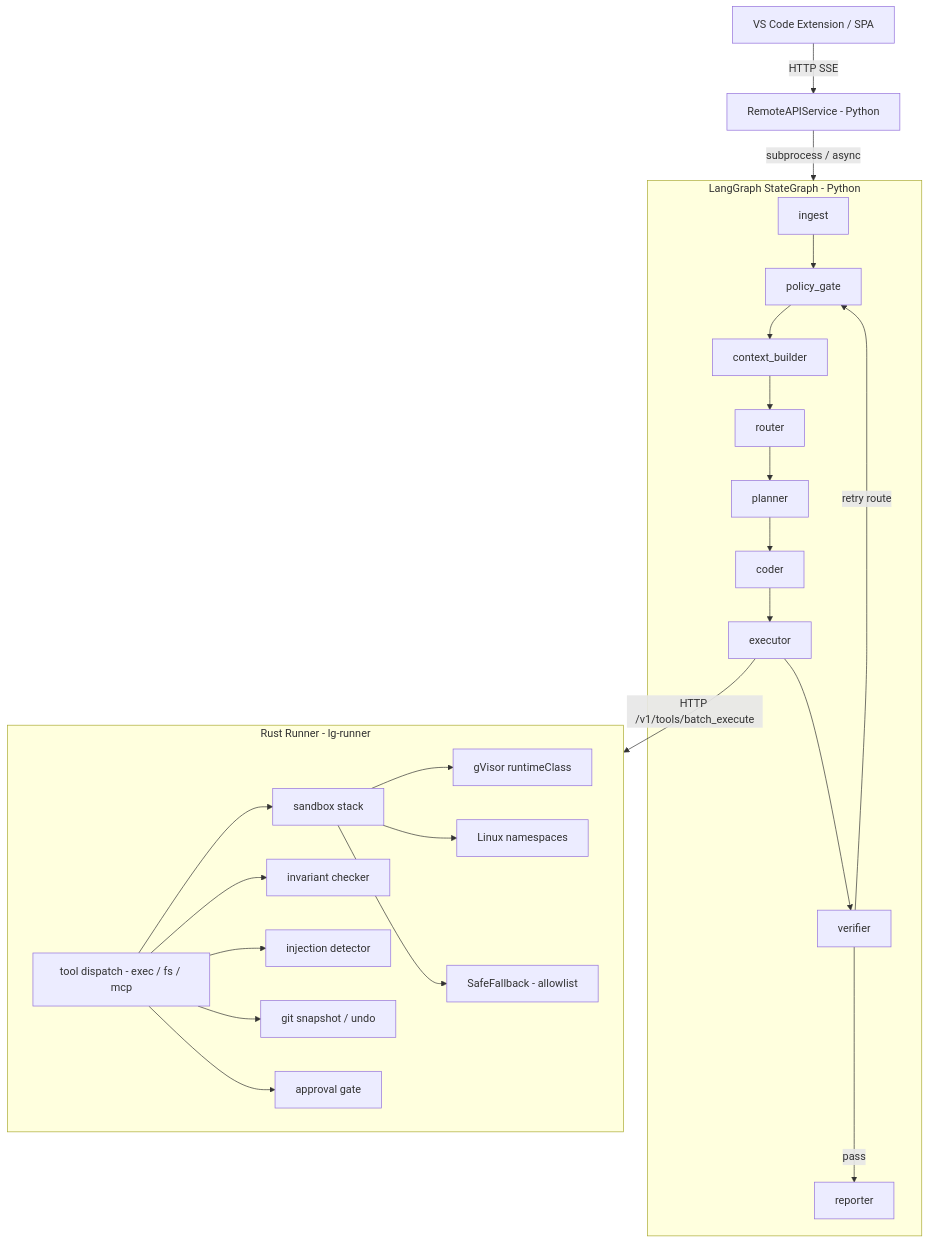
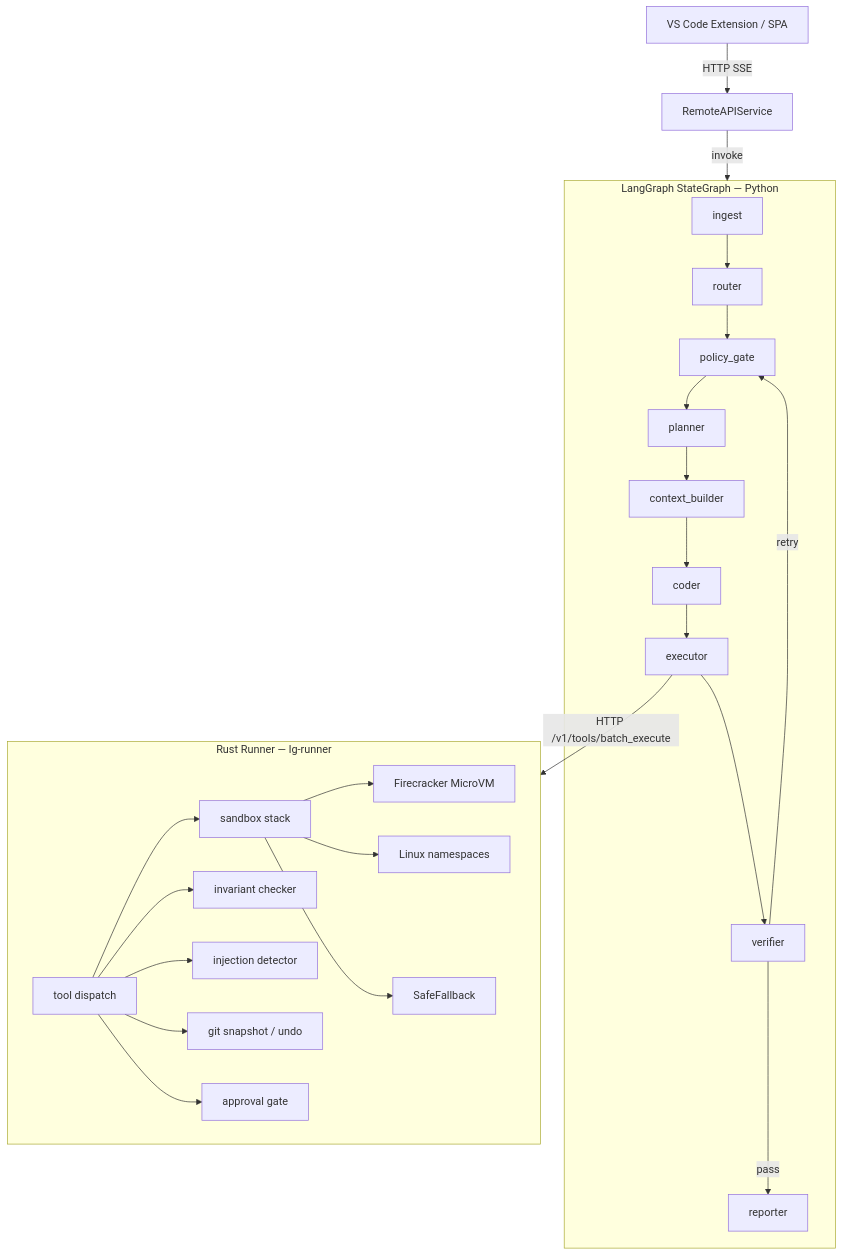
The diagram in README.md (christianmeurer/Lula), drawn with Mermaid before and after one commit. The commit also changed other lines of this file and 1 other file, not shown here.

````diff
--- a/README.md
+++ b/README.md
@@ -51,30 +24,30 @@
 ```mermaid
 graph TD
-    EXT[VS Code Extension / SPA] -->|HTTP SSE| API[RemoteAPIService - Python]
-    API -->|subprocess / async| GRAPH[LangGraph Orchestrator]
+    EXT[VS Code Extension / SPA] -->|HTTP SSE| API[RemoteAPIService]
+    API -->|invoke| GRAPH
 
-    subgraph GRAPH [LangGraph StateGraph - Python]
-        A[ingest] --> B[policy_gate]
-        B --> C[context_builder]
-        C --> D[router]
-        D --> E[planner]
+    subgraph GRAPH [LangGraph StateGraph — Python]
+        A[ingest] --> B[router]
+        B --> C[policy_gate]
+        C --> D[planner]
+        D --> E[context_builder]
         E --> F[coder]
         F --> G[executor]
         G --> H[verifier]
-        H -->|retry route| B
+        H -->|retry| C
         H -->|pass| I[reporter]
     end
 
     G -->|HTTP /v1/tools/batch_execute| RUNNER
 
-    subgraph RUNNER [Rust Runner - lg-runner]
-        TA[tool dispatch - exec / fs / mcp] --> SB[sandbox stack]
-        SB --> GV[gVisor runtimeClass]
+    subgraph RUNNER [Rust Runner — lg-runner]
+        TA[tool dispatch] --> SB[sandbox stack]
+        SB --> FC[Firecracker MicroVM]
         SB --> LN[Linux namespaces]
-        SB --> SF[SafeFallback - allowlist]
+        SB --> SF[SafeFallback]
         TA --> INV[invariant checker]
         TA --> INJECTDET[injection detector]
         TA --> SNAP[git snapshot / undo]
         TA --> APPR[approval gate]
     end
 ```
````
